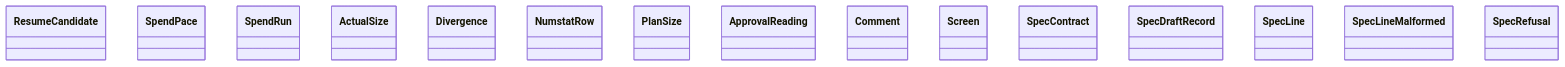
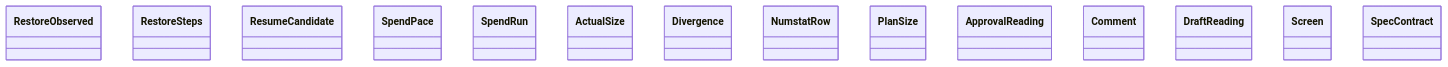
Before and after one commit to GonzaloZevallos/agentic-system: the diagram in docs/architecture/generated/classes-process-domain-state-3.md, drawn with Mermaid. The commit also changed other lines of this file and 31 other files, not shown here.

Commit message:
Regenerate the architecture docs and pin the graph tests' flow without a draft validator

````diff
--- a/docs/architecture/generated/classes-process-domain-state-3.md
+++ b/docs/architecture/generated/classes-process-domain-state-3.md
@@ -31,18 +32,17 @@
 ```mermaid
 classDiagram
+    class rules__RestoreObserved["RestoreObserved"]
+    class rules__RestoreSteps["RestoreSteps"]
     class rules__ResumeCandidate["ResumeCandidate"]
     class rules__SpendPace["SpendPace"]
     class rules__SpendRun["SpendRun"]
     class size_budget__ActualSize["ActualSize"]
     class size_budget__Divergence["Divergence"]
     class size_budget__NumstatRow["NumstatRow"]
     class size_budget__PlanSize["PlanSize"]
     class spec_approval__ApprovalReading["ApprovalReading"]
     class spec_approval__Comment["Comment"]
+    class spec_delivery__DraftReading["DraftReading"]
     class spec_delivery__Screen["Screen"]
     class spec_delivery__SpecContract["SpecContract"]
-    class spec_delivery__SpecDraftRecord["SpecDraftRecord"]
-    class spec_delivery__SpecLine["SpecLine"]
-    class spec_delivery__SpecLineMalformed["SpecLineMalformed"]
-    class spec_delivery__SpecRefusal["SpecRefusal"]
 ```
````
